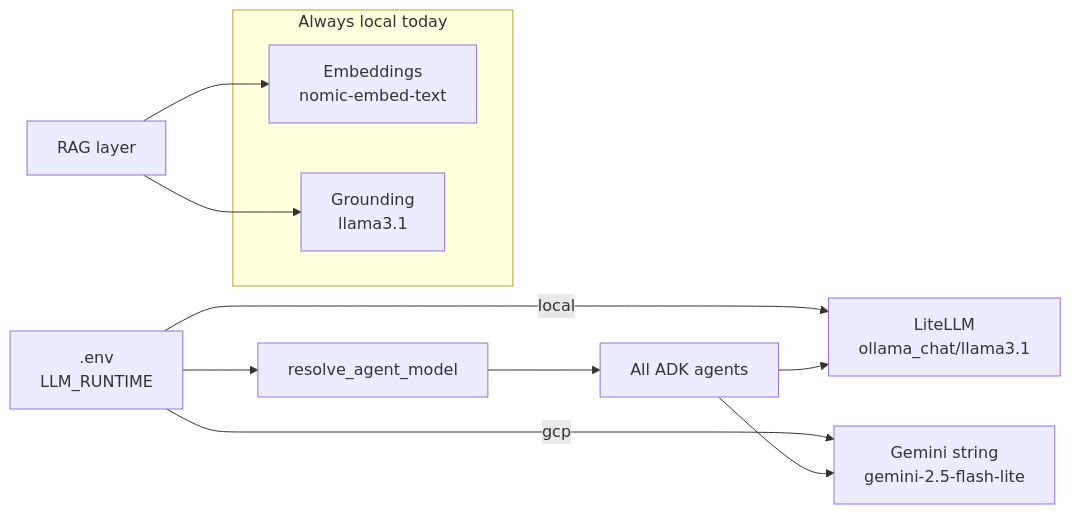
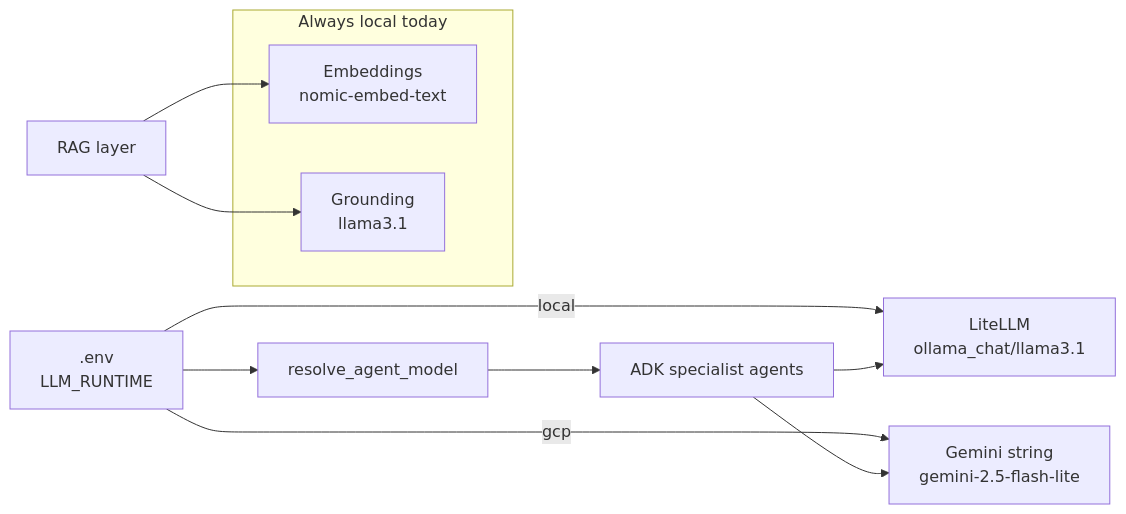
The sixth of 7 diagrams in docs/architecture-diagram.md (luisfm44/landed-agent), drawn with Mermaid before and after one commit. The commit also changed other lines of this file and 4 other files, not shown here.

````diff
--- a/docs/architecture-diagram.md
+++ b/docs/architecture-diagram.md
@@ -213,19 +192,19 @@
 ```mermaid
 flowchart LR
     ENV[.env<br/>LLM_RUNTIME] --> RESOLVE[resolve_agent_model]
 
     ENV -->|local| LOCAL[LiteLLM<br/>ollama_chat/llama3.1]
     ENV -->|gcp| GCP[Gemini string<br/>gemini-2.5-flash-lite]
 
-    RESOLVE --> AGENTS[All ADK agents]
+    RESOLVE --> ADK[ADK specialist agents]
 
     subgraph always_local [Always local today]
         EMB[Embeddings<br/>nomic-embed-text]
         GR[Grounding<br/>llama3.1]
     end
 
-    AGENTS --> LOCAL
-    AGENTS --> GCP
+    ADK --> LOCAL
+    ADK --> GCP
     RAG_LAYER[RAG layer] --> EMB
     RAG_LAYER --> GR
 ```
````
